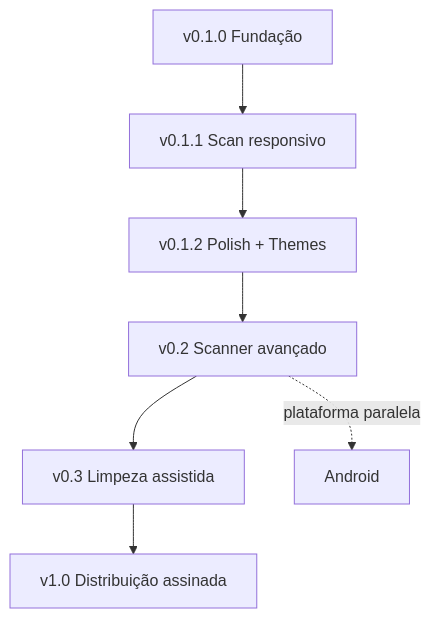
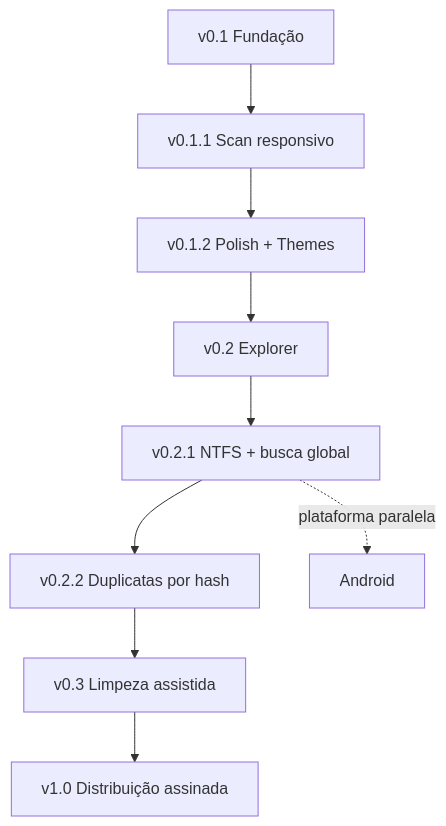
The third of 3 diagrams in README.md (tombemol/L.I.V.I.A), drawn with Mermaid before and after one commit. The commit also changed other lines of this file and 9 other files, not shown here.

````diff
--- a/README.md
+++ b/README.md
@@ -129,9 +139,11 @@
 ```mermaid
 flowchart TD
-    A[v0.1.0 Fundação] --> B[v0.1.1 Scan responsivo]
+    A[v0.1 Fundação] --> B[v0.1.1 Scan responsivo]
     B --> C[v0.1.2 Polish + Themes]
-    C --> D[v0.2 Scanner avançado]
-    D --> E[v0.3 Limpeza assistida]
-    E --> F[v1.0 Distribuição assinada]
-    D -. plataforma paralela .-> G[Android]
+    C --> D[v0.2 Explorer]
+    D --> E[v0.2.1 NTFS + busca global]
+    E --> F[v0.2.2 Duplicatas por hash]
+    F --> G[v0.3 Limpeza assistida]
+    G --> H[v1.0 Distribuição assinada]
+    E -. plataforma paralela .-> I[Android]
 ```
````
